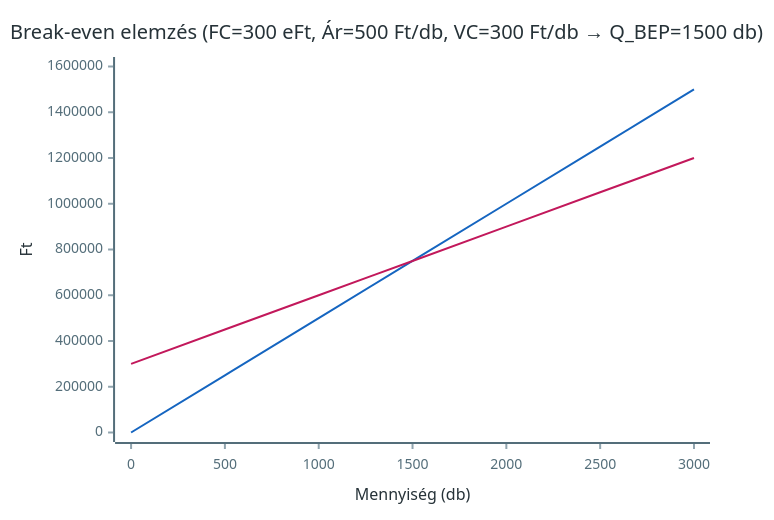
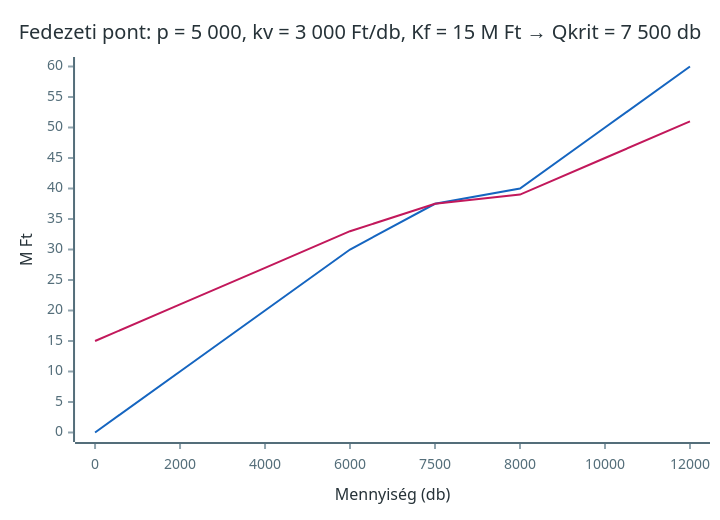
Before and after one commit to denespocsik/MM_BSC_Zarovizsga: the second of 2 diagrams in Tételek/K17-GIXVS2MBLF-Kalkulációs módszerek és fedezetszámítás.tétel.md, drawn with Mermaid. The commit also changed other lines of this file, not shown here.

````diff
--- a/Tételek/K17-GIXVS2MBLF-Kalkulációs módszerek és fedezetszámítás.tétel.md
+++ b/Tételek/K17-GIXVS2MBLF-Kalkulációs módszerek és fedezetszámítás.tétel.md
@@ -91,9 +143,9 @@
 ```mermaid
 %%{init: {'theme':'base','themeVariables':{'xyChart':{'backgroundColor':'#ffffff','titleColor':'#263238','xAxisLabelColor':'#546e7a','xAxisTitleColor':'#263238','xAxisTickColor':'#90a4ae','xAxisLineColor':'#546e7a','yAxisLabelColor':'#546e7a','yAxisTitleColor':'#263238','yAxisTickColor':'#90a4ae','yAxisLineColor':'#546e7a','plotColorPalette':'#1565c0,#c2185b'}}}}%%
 xychart-beta
-    title "Break-even elemzés (FC=300 eFt, Ár=500 Ft/db, VC=300 Ft/db → Q_BEP=1500 db)"
-    x-axis "Mennyiség (db)" [0, 500, 1000, 1500, 2000, 2500, 3000]
-    y-axis "Ft" 0 --> 1600000
-    line "Árbevétel" [0, 250000, 500000, 750000, 1000000, 1250000, 1500000]
-    line "Összes ktg. (FC+VC)" [300000, 450000, 600000, 750000, 900000, 1050000, 1200000]
+    title "Fedezeti pont: p = 5 000, kv = 3 000 Ft/db, Kf = 15 M Ft → Qkrit = 7 500 db"
+    x-axis "Mennyiség (db)" [0, 2000, 4000, 6000, 7500, 8000, 10000, 12000]
+    y-axis "M Ft" 0 --> 60
+    line "Árbevétel" [0, 10, 20, 30, 37.5, 40, 50, 60]
+    line "Összes költség (Kf + Kv)" [15, 21, 27, 33, 37.5, 39, 45, 51]
 ```
````
